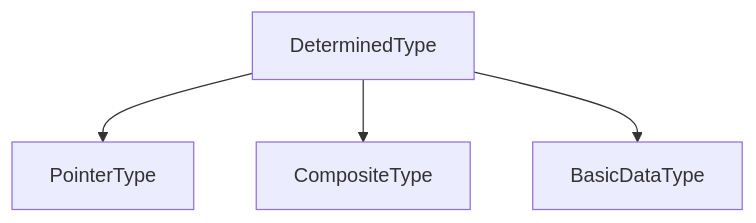
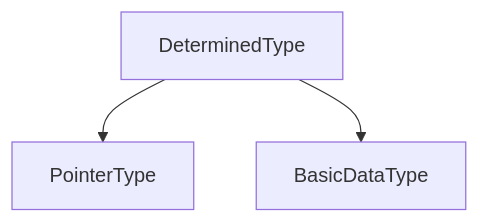
One commit to YJL-NLP/alioth-dev changed the fourth of 16 diagrams in doc/Alioth-0.9/20190430-类型系统设计.md. Above: the diagram before and after it, drawn with Mermaid. The commit also changed other lines of this file, not shown here.

Commit message:
modify type system design document

```diff
--- a/doc/Alioth-0.9/20190430-类型系统设计.md
+++ b/doc/Alioth-0.9/20190430-类型系统设计.md
@@ -96,7 +115,6 @@
 ~~~mermaid
 graph TB
 
 DeterminedType --> PointerType
-DeterminedType --> CompositeType
 DeterminedType --> BasicDataType
 ~~~
```
